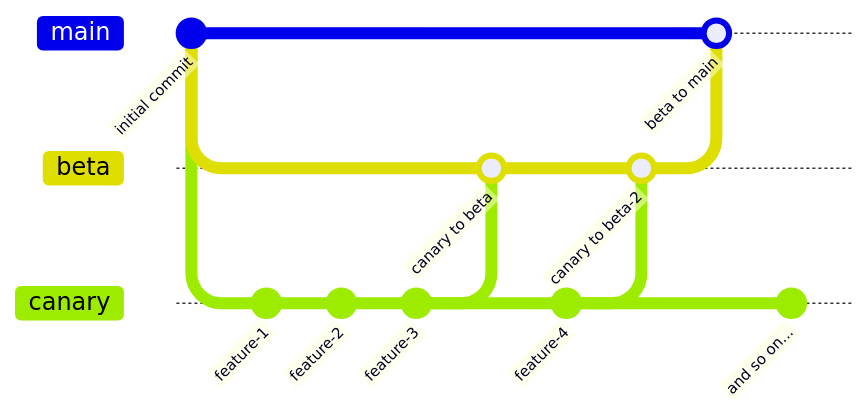
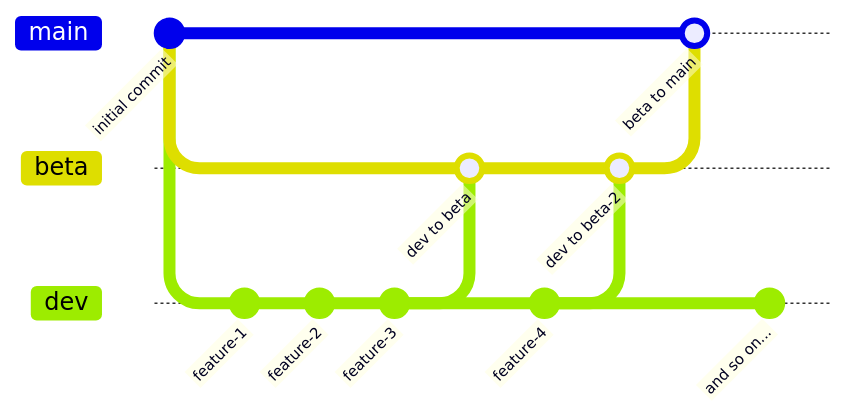
Before and after one commit to redfox-studios/redfox-studios: the diagram in README.md, drawn with Mermaid. The commit also changed other lines of this file, not shown here.

````diff
--- a/README.md
+++ b/README.md
@@ -11,20 +11,20 @@
 ```mermaid
 gitGraph
     commit id: "initial commit"
     branch beta
-    branch canary
-    checkout canary
+    branch dev
+    checkout dev
     commit id: "feature-1"
     commit id: "feature-2"
     commit id: "feature-3"
     checkout beta
-    merge canary id: "canary to beta"
-    checkout canary
+    merge dev id: "dev to beta"
+    checkout dev
     commit id: "feature-4"
     checkout beta
-    merge canary id: "canary to beta-2"
+    merge dev id: "dev to beta-2"
     checkout main
     merge beta id: "beta to main"
-    checkout canary
+    checkout dev
     commit id: "and so on..."
 ```
````
